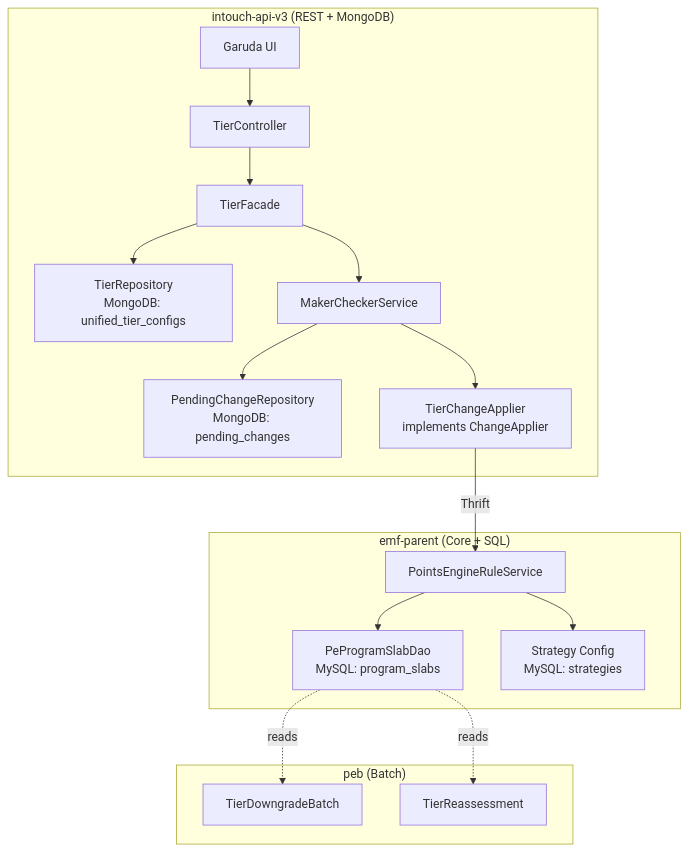
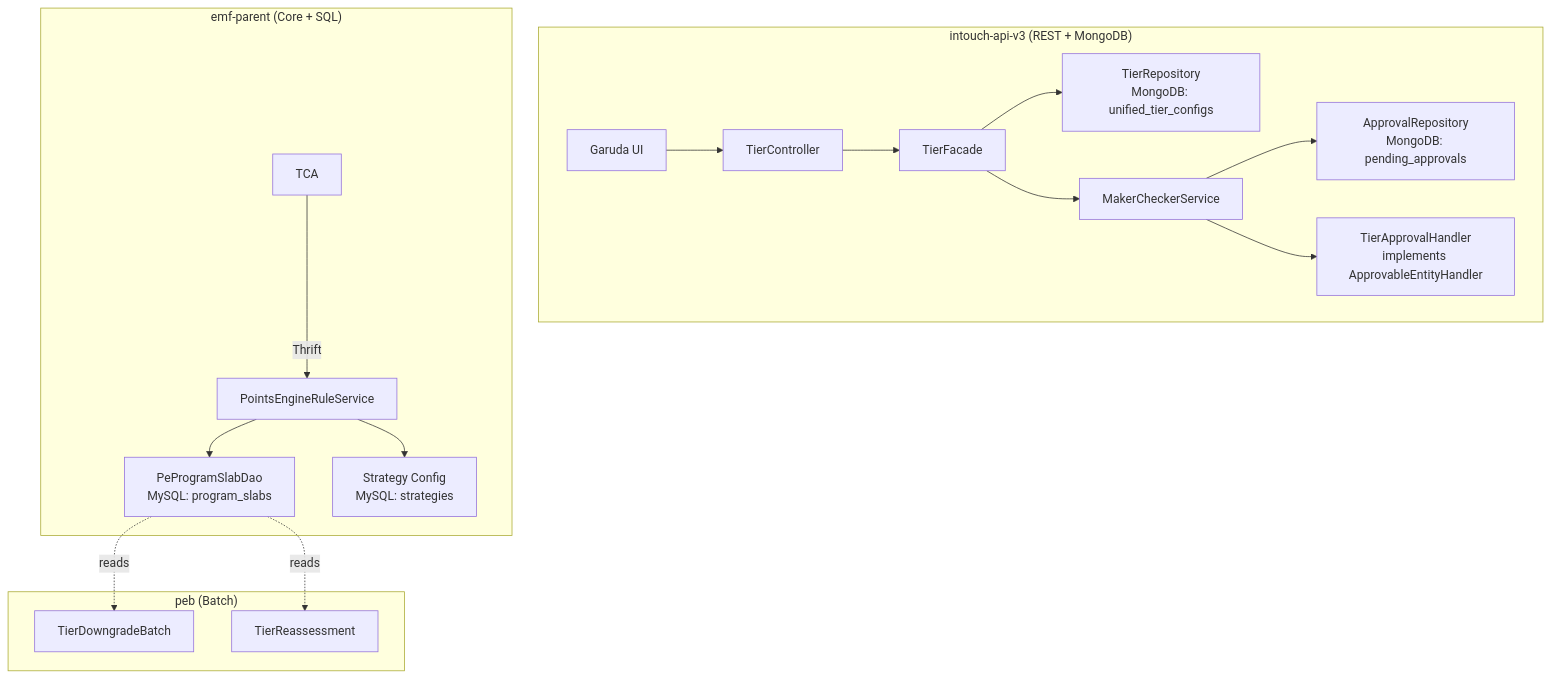
Before and after one commit to BaljeetSinghCapillaryTech/kalpavriksha: the diagram in docs/pipeline/tier/00-prd.md, drawn with Mermaid. The commit also changed other lines of this file and 24 other files, not shown here.

````diff
--- a/docs/pipeline/tier/00-prd.md
+++ b/docs/pipeline/tier/00-prd.md
@@ -147,22 +147,22 @@
 ```mermaid
 graph TB
     subgraph "intouch-api-v3 (REST + MongoDB)"
         UI[Garuda UI] --> TC[TierController]
         TC --> TF[TierFacade]
         TF --> TR[TierRepository<br/>MongoDB: unified_tier_configs]
         TF --> MCS[MakerCheckerService]
-        MCS --> PCR[PendingChangeRepository<br/>MongoDB: pending_changes]
-        MCS --> TCA[TierChangeApplier<br/>implements ChangeApplier]
+        MCS --> PCR[ApprovalRepository<br/>MongoDB: pending_approvals]
+        MCS --> TAH[TierApprovalHandler<br/>implements ApprovableEntityHandler]
     end
     
     subgraph "emf-parent (Core + SQL)"
         TCA -->|Thrift| PERS[PointsEngineRuleService]
         PERS --> PSD[PeProgramSlabDao<br/>MySQL: program_slabs]
         PERS --> STR[Strategy Config<br/>MySQL: strategies]
     end
     
     subgraph "peb (Batch)"
         PSD -.->|reads| TDB[TierDowngradeBatch]
         PSD -.->|reads| TRS[TierReassessment]
     end
 ```
````
